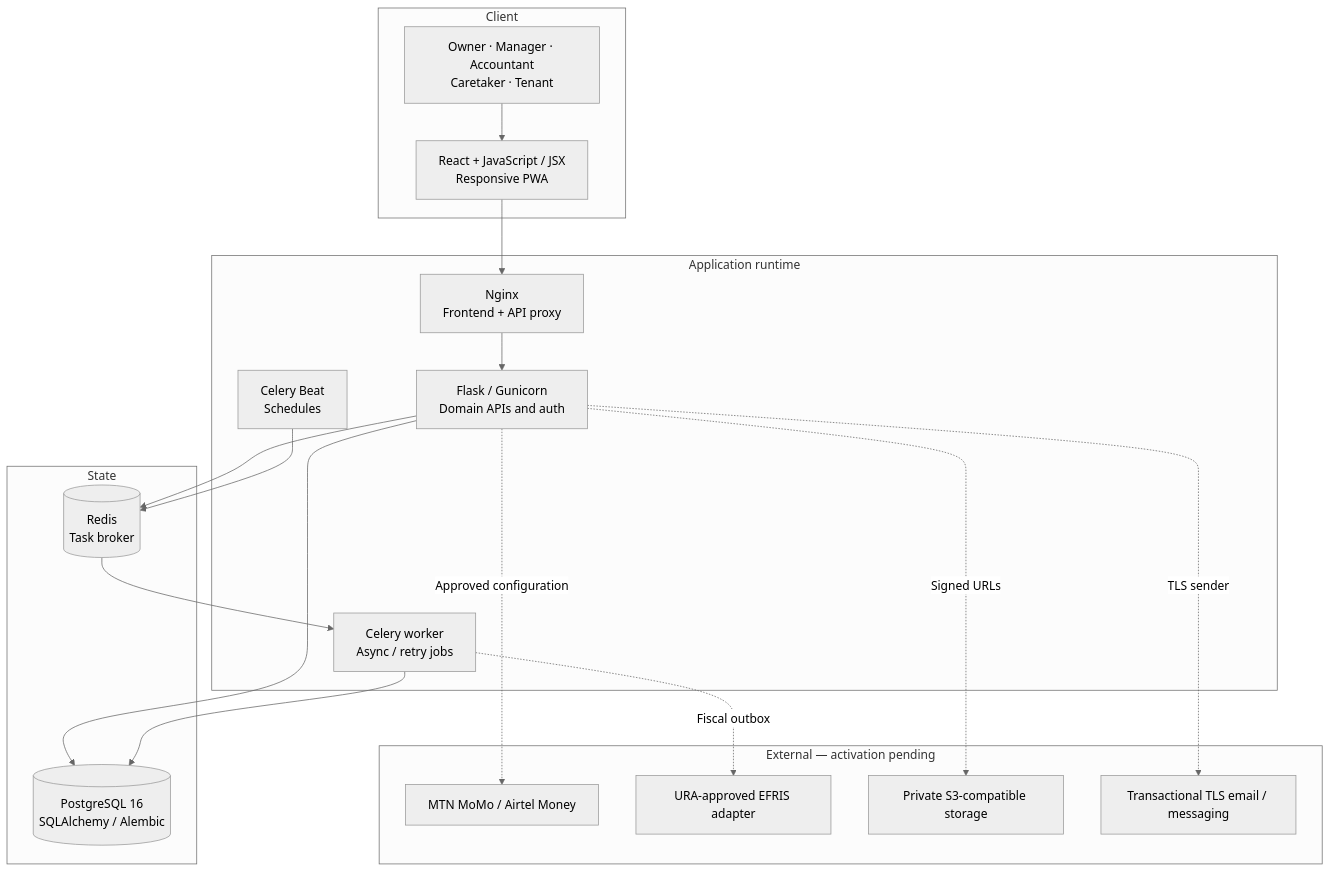
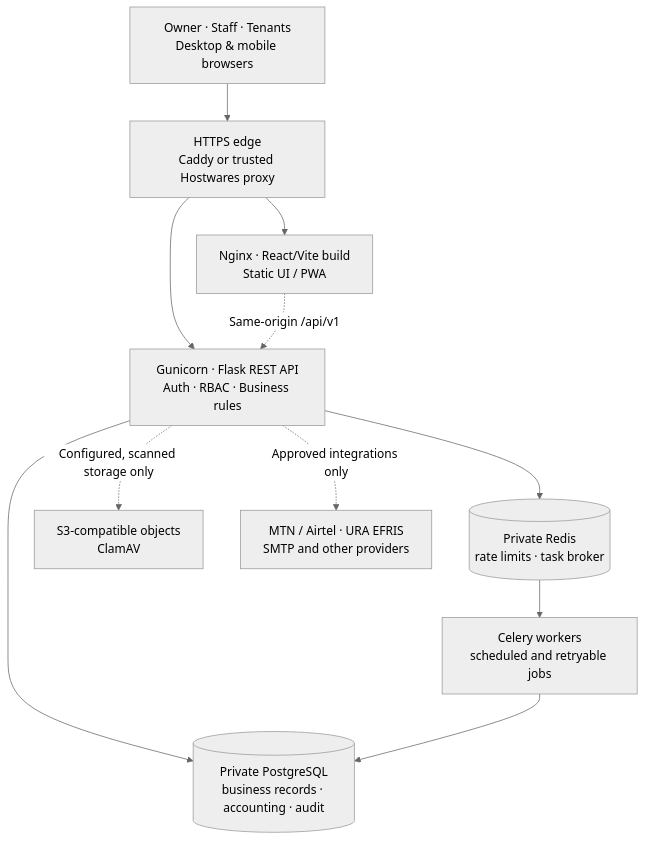
The first of 3 diagrams in README.md (PerezChris99/Kats-Property-Management), drawn with Mermaid (neutral theme) before and after one commit. The commit also changed other lines of this file, not shown here.

Commit message:
docs(readme): concise project overview, verified stack, architecture and finance flows, developer onboarding and launch boundaries

```diff
--- a/README.md
+++ b/README.md
@@ -114,31 +37,13 @@
 ~~~mermaid
 flowchart TB
-    subgraph Client["Client"]
-      UI["React + JavaScript / JSX<br/>Responsive PWA"]
-      ROLES["Owner · Manager · Accountant<br/>Caretaker · Tenant"]
-    end
-    subgraph Application["Application runtime"]
-      NGINX["Nginx<br/>Frontend + API proxy"]
-      API["Flask / Gunicorn<br/>Domain APIs and auth"]
-      BEAT["Celery Beat<br/>Schedules"]
-      WORKER["Celery worker<br/>Async / retry jobs"]
-    end
-    subgraph Stores["State"]
-      PG[("PostgreSQL 16<br/>SQLAlchemy / Alembic")]
-      REDIS[("Redis<br/>Task broker")]
-    end
-    subgraph Providers["External — activation pending"]
-      MONEY["MTN MoMo / Airtel Money"]
-      EFRIS["URA-approved EFRIS adapter"]
-      DOCS["Private S3-compatible storage"]
-      MAIL["Transactional TLS email / messaging"]
-    end
-    ROLES --> UI --> NGINX --> API
-    API --> PG
-    API --> REDIS
-    BEAT --> REDIS --> WORKER --> PG
-    API -. "Approved configuration" .-> MONEY
-    WORKER -. "Fiscal outbox" .-> EFRIS
-    API -. "Signed URLs" .-> DOCS
-    API -. "TLS sender" .-> MAIL
+    USERS["Owner · Staff · Tenants<br/>Desktop & mobile browsers"] --> EDGE["HTTPS edge<br/>Caddy or trusted Hostwares proxy"]
+    EDGE --> WEB["Nginx · React/Vite build<br/>Static UI / PWA"]
+    EDGE --> API["Gunicorn · Flask REST API<br/>Auth · RBAC · Business rules"]
+    WEB -. "Same-origin /api/v1" .-> API
+    API --> DB[("Private PostgreSQL<br/>business records · accounting · audit")]
+    API --> REDIS[("Private Redis<br/>rate limits · task broker")]
+    REDIS --> WORKER["Celery workers<br/>scheduled and retryable jobs"]
+    WORKER --> DB
+    API -. "Configured, scanned storage only" .-> FILES["S3-compatible objects<br/>ClamAV"]
+    API -. "Approved integrations only" .-> EXTERNAL["MTN / Airtel · URA EFRIS<br/>SMTP and other providers"]
 ~~~
```
